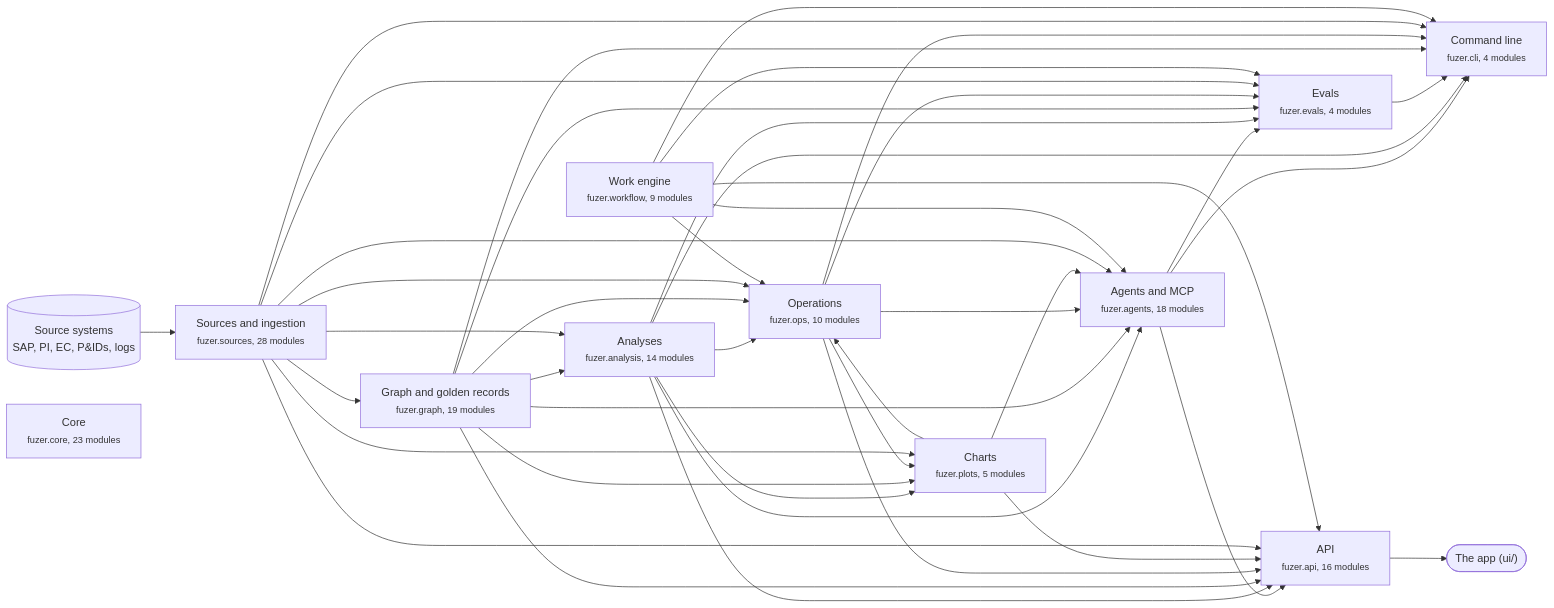
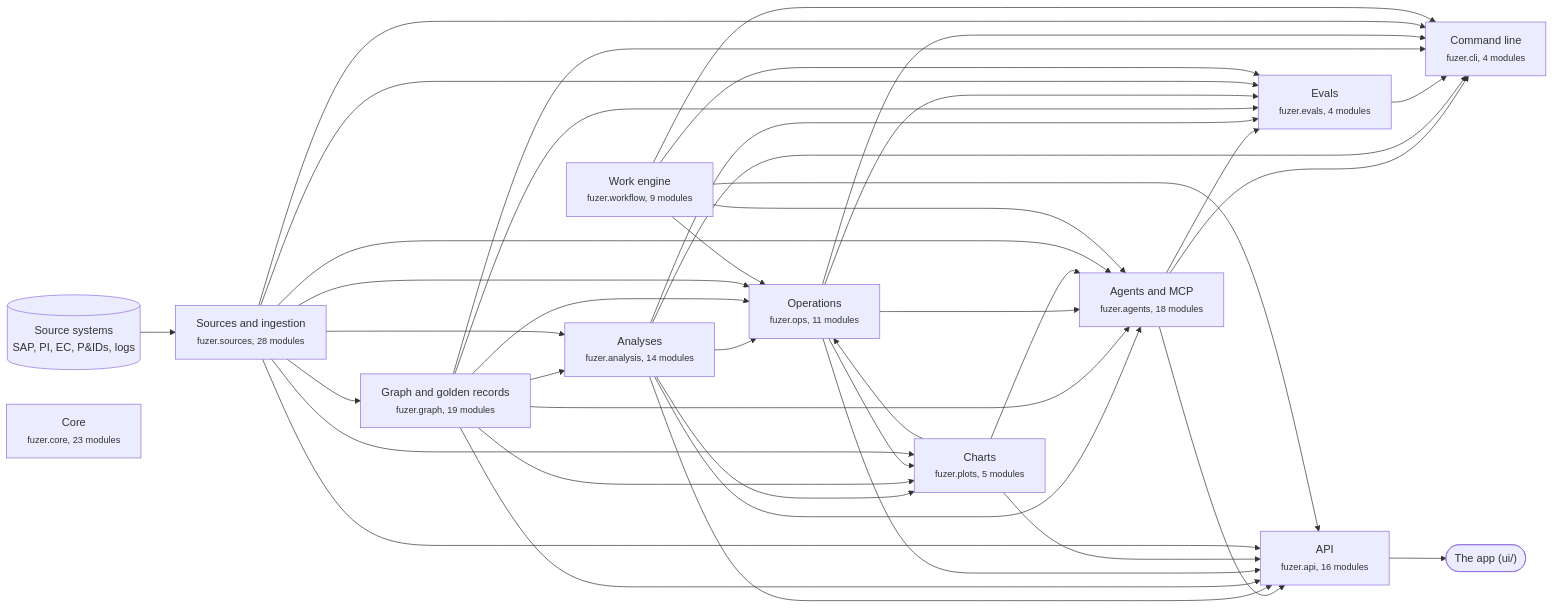
Before and after one commit to areed145/fuzer: the first of 3 diagrams in docs/architecture.md, drawn with Mermaid. The commit also changed other lines of this file and 8 other files, not shown here.

````diff
--- a/docs/architecture.md
+++ b/docs/architecture.md
@@ -8,66 +8,66 @@
 ```mermaid
 flowchart LR
   systems[("Source systems<br>SAP, PI, EC, P&IDs, logs")] --> c_sources
   app(["The app (ui/)"])
   c_api --> app
   c_sources["Sources and ingestion<br><small>fuzer.sources, 28 modules</small>"]
   c_graph["Graph and golden records<br><small>fuzer.graph, 19 modules</small>"]
   c_analysis["Analyses<br><small>fuzer.analysis, 14 modules</small>"]
-  c_ops["Operations<br><small>fuzer.ops, 10 modules</small>"]
+  c_ops["Operations<br><small>fuzer.ops, 11 modules</small>"]
   c_plots["Charts<br><small>fuzer.plots, 5 modules</small>"]
   c_workflow["Work engine<br><small>fuzer.workflow, 9 modules</small>"]
   c_agents["Agents and MCP<br><small>fuzer.agents, 18 modules</small>"]
   c_evals["Evals<br><small>fuzer.evals, 4 modules</small>"]
   c_api["API<br><small>fuzer.api, 16 modules</small>"]
   c_cli["Command line<br><small>fuzer.cli, 4 modules</small>"]
   c_core["Core<br><small>fuzer.core, 23 modules</small>"]
   c_sources --> c_graph
   c_graph --> c_analysis
   c_sources --> c_analysis
   c_analysis --> c_ops
   c_graph --> c_ops
   c_plots --> c_ops
   c_sources --> c_ops
   c_workflow --> c_ops
   c_analysis --> c_plots
   c_graph --> c_plots
   c_ops --> c_plots
   c_sources --> c_plots
   c_analysis --> c_agents
   c_graph --> c_agents
   c_ops --> c_agents
   c_plots --> c_agents
   c_sources --> c_agents
   c_workflow --> c_agents
   c_agents --> c_evals
   c_analysis --> c_evals
   c_graph --> c_evals
   c_ops --> c_evals
   c_sources --> c_evals
   c_workflow --> c_evals
   c_agents --> c_api
   c_analysis --> c_api
   c_graph --> c_api
   c_ops --> c_api
   c_plots --> c_api
   c_sources --> c_api
   c_workflow --> c_api
   c_agents --> c_cli
   c_analysis --> c_cli
   c_evals --> c_cli
   c_graph --> c_cli
   c_ops --> c_cli
   c_sources --> c_cli
   c_workflow --> c_cli
   click c_sources "https://github.com/areed145/fuzer/tree/main/src/fuzer/sources"
   click c_graph "https://github.com/areed145/fuzer/tree/main/src/fuzer/graph"
   click c_analysis "https://github.com/areed145/fuzer/tree/main/src/fuzer/analysis"
   click c_ops "https://github.com/areed145/fuzer/tree/main/src/fuzer/ops"
   click c_plots "https://github.com/areed145/fuzer/tree/main/src/fuzer/plots"
   click c_workflow "https://github.com/areed145/fuzer/tree/main/src/fuzer/workflow"
   click c_agents "https://github.com/areed145/fuzer/tree/main/src/fuzer/agents"
   click c_evals "https://github.com/areed145/fuzer/tree/main/src/fuzer/evals"
   click c_api "https://github.com/areed145/fuzer/tree/main/src/fuzer/api"
   click c_cli "https://github.com/areed145/fuzer/tree/main/src/fuzer/cli"
   click c_core "https://github.com/areed145/fuzer/tree/main/src/fuzer/core"
 ```
````
